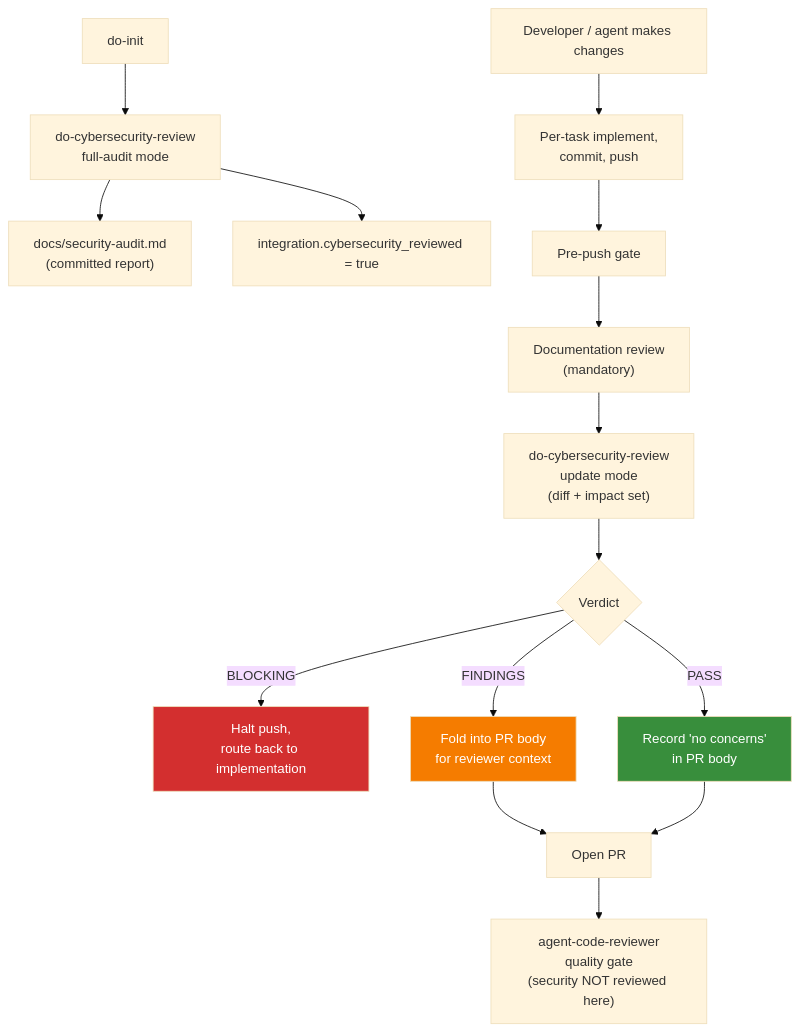
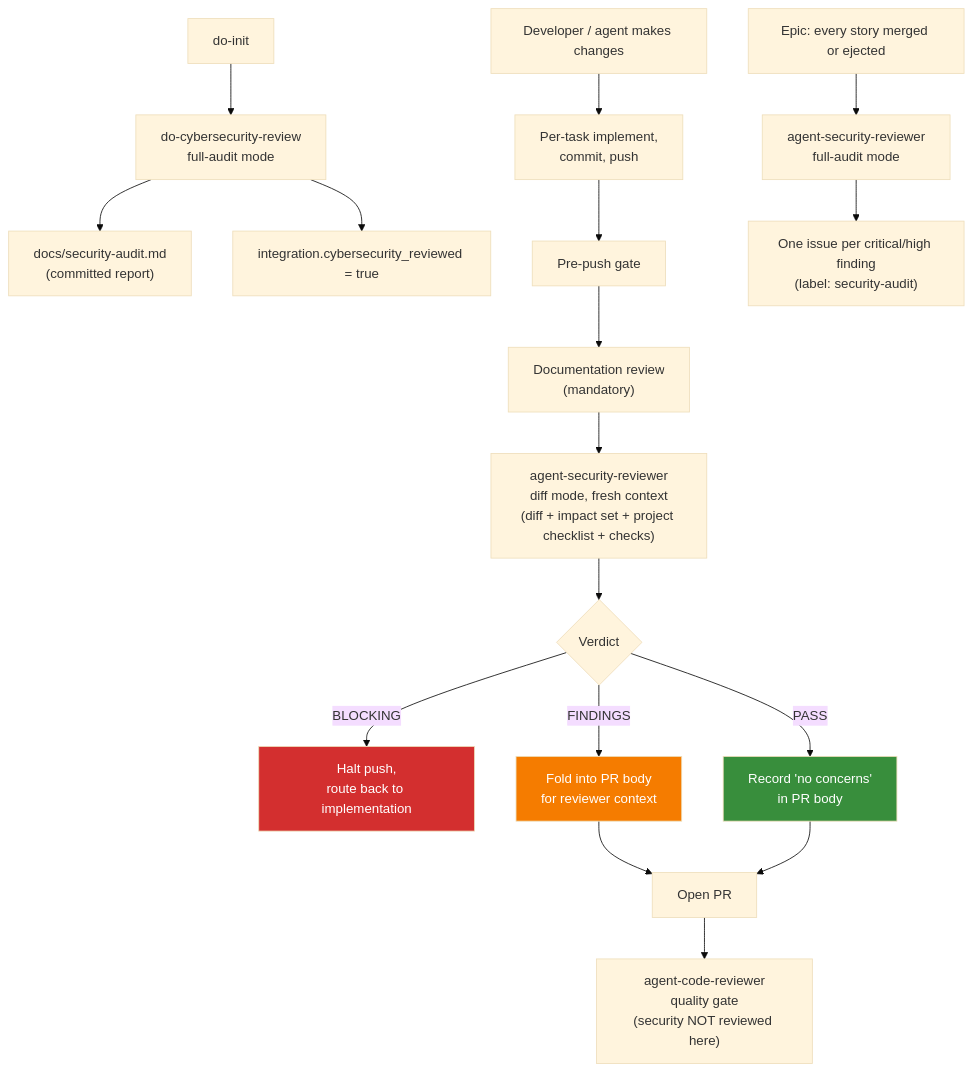
The diagram in docs/standards-and-practices/security-review.md (thermiteau/maverick), drawn with Mermaid (base theme) before and after one commit. The commit also changed other lines of this file and 45 other files, not shown here.

````diff
--- a/docs/standards-and-practices/security-review.md
+++ b/docs/standards-and-practices/security-review.md
@@ -56,22 +56,25 @@
 ```mermaid
 flowchart TD
     INIT["do-init"] --> FULL["do-cybersecurity-review<br/>full-audit mode"]
     FULL --> AUDIT["docs/security-audit.md<br/>(committed report)"]
     FULL --> FLAG1["integration.cybersecurity_reviewed = true"]
 
     DEV["Developer / agent makes changes"] --> TASK["Per-task implement,<br/>commit, push"]
     TASK --> PREPUSH["Pre-push gate"]
     PREPUSH --> DOCS_REVIEW["Documentation review<br/>(mandatory)"]
-    DOCS_REVIEW --> SEC_UPDATE["do-cybersecurity-review<br/>update mode<br/>(diff + impact set)"]
+    DOCS_REVIEW --> SEC_UPDATE["agent-security-reviewer<br/>diff mode, fresh context<br/>(diff + impact set + project checklist + checks)"]
     SEC_UPDATE --> VERDICT{Verdict}
     VERDICT -->|BLOCKING| HALT["Halt push,<br/>route back to implementation"]
     VERDICT -->|FINDINGS| FOLD["Fold into PR body<br/>for reviewer context"]
     VERDICT -->|PASS| RECORD["Record 'no concerns'<br/>in PR body"]
     FOLD --> OPEN_PR["Open PR"]
     RECORD --> OPEN_PR
     OPEN_PR --> CODE_REVIEW["agent-code-reviewer<br/>quality gate<br/>(security NOT reviewed here)"]
 
+    EPIC_DONE["Epic: every story merged or ejected"] --> SEC_FULL["agent-security-reviewer<br/>full-audit mode"]
+    SEC_FULL --> ISSUES["One issue per critical/high finding<br/>(label: security-audit)"]
+
     style HALT fill:#d32f2f,color:#fff
     style FOLD fill:#f57c00,color:#fff
     style RECORD fill:#388e3c,color:#fff
 ```
````
